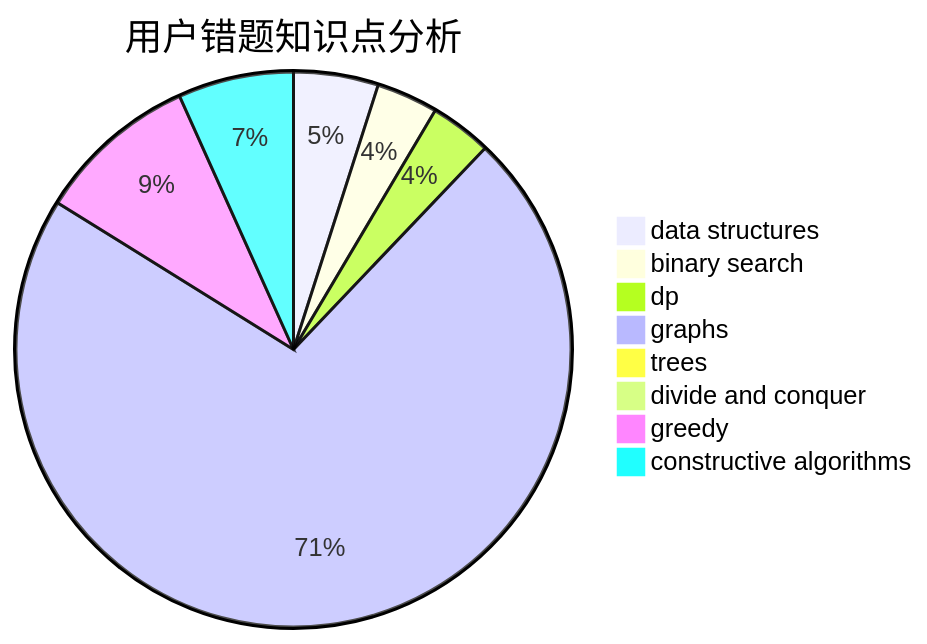
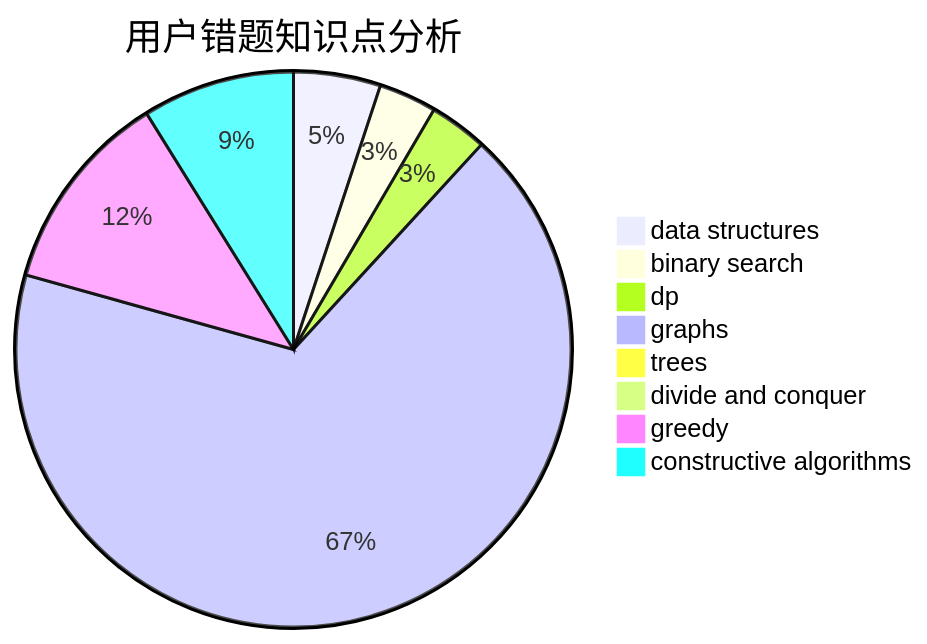
One commit to sherpahu/cfrs.github.io changed the third of 3 diagrams in docs/user/u446.md. Above: the diagram before and after it, drawn with Mermaid. The commit also changed other lines of this file and 2770 other files, not shown here.

````diff
--- a/docs/user/u446.md
+++ b/docs/user/u446.md
@@ -36,11 +36,11 @@
 ```mermaid
 pie title 用户错题知识点分析
-    "data structures" :  11
+    "data structures" :  12
     "binary search" :  8
     "dp" :  8
     "graphs" :  160
     "trees" :  2
     "divide and conquer" :  0
-    "greedy" :  21
-    "constructive algorithms" :  15
+    "greedy" :  28
+    "constructive algorithms" :  21
 ```
````
